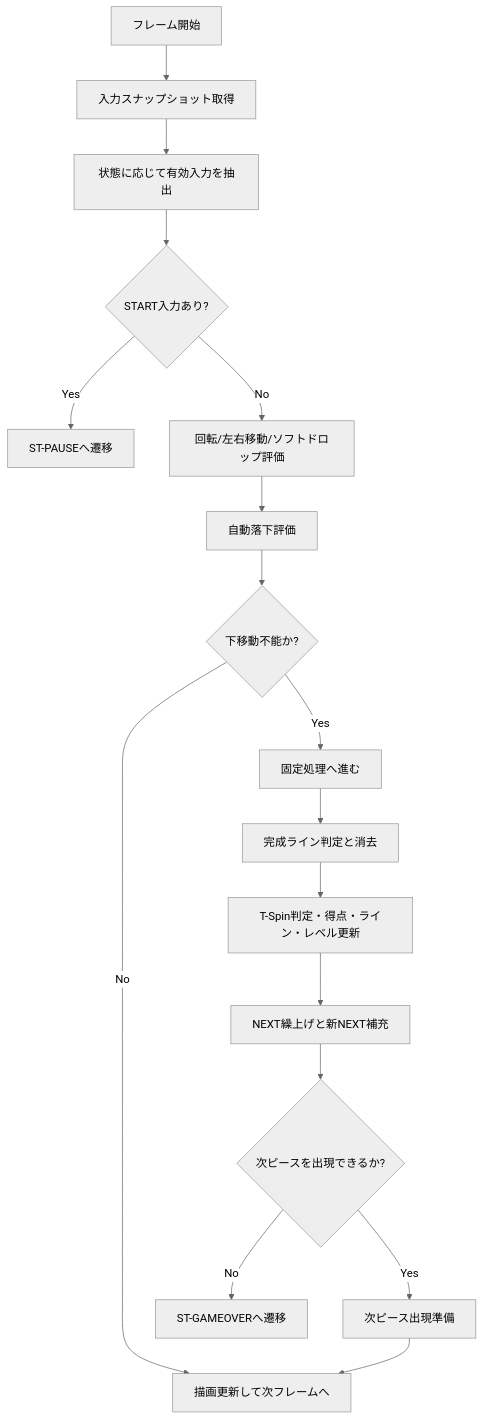
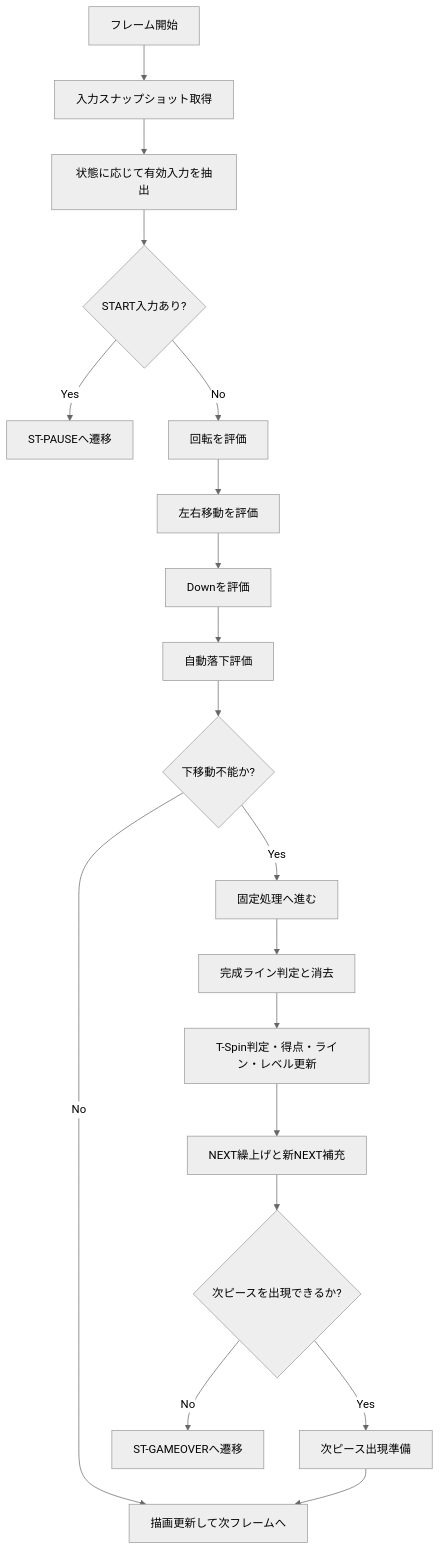
Before and after one commit to Akihiko-Fuji/DocDD: the second of 2 diagrams in Block_Puzzle_DocDD/docs/02_external_spec/27_runtime_flowchart_mermaid.md, drawn with Mermaid (neutral theme). The commit also changed other lines of this file and 40 other files, not shown here.

````diff
--- a/Block_Puzzle_DocDD/docs/02_external_spec/27_runtime_flowchart_mermaid.md
+++ b/Block_Puzzle_DocDD/docs/02_external_spec/27_runtime_flowchart_mermaid.md
@@ -41,19 +39,21 @@
 ```mermaid
 flowchart TD
     P0[フレーム開始] --> P1[入力スナップショット取得]
     P1 --> P2[状態に応じて有効入力を抽出]
     P2 --> P3{START入力あり?}
     P3 -->|Yes| P4[ST-PAUSEへ遷移]
-    P3 -->|No| P5[回転/左右移動/ソフトドロップ評価]
-    P5 --> P6[自動落下評価]
-    P6 --> P7{下移動不能か?}
-    P7 -->|No| P8[描画更新して次フレームへ]
-    P7 -->|Yes| P9[固定処理へ進む]
-    P9 --> P10[完成ライン判定と消去]
-    P10 --> P11[T-Spin判定・得点・ライン・レベル更新]
-    P11 --> P12[NEXT繰上げと新NEXT補充]
-    P12 --> P13{次ピースを出現できるか?}
-    P13 -->|Yes| P14[次ピース出現準備]
-    P14 --> P8
-    P13 -->|No| P15[ST-GAMEOVERへ遷移]
+    P3 -->|No| P5[回転を評価]
+    P5 --> P6[左右移動を評価]
+    P6 --> P7[Downを評価]
+    P7 --> P8[自動落下評価]
+    P8 --> P9{下移動不能か?}
+    P9 -->|No| P10[描画更新して次フレームへ]
+    P9 -->|Yes| P11[固定処理へ進む]
+    P11 --> P12[完成ライン判定と消去]
+    P12 --> P13[T-Spin判定・得点・ライン・レベル更新]
+    P13 --> P14[NEXT繰上げと新NEXT補充]
+    P14 --> P15{次ピースを出現できるか?}
+    P15 -->|Yes| P16[次ピース出現準備]
+    P16 --> P10
+    P15 -->|No| P17[ST-GAMEOVERへ遷移]
 ```
````
